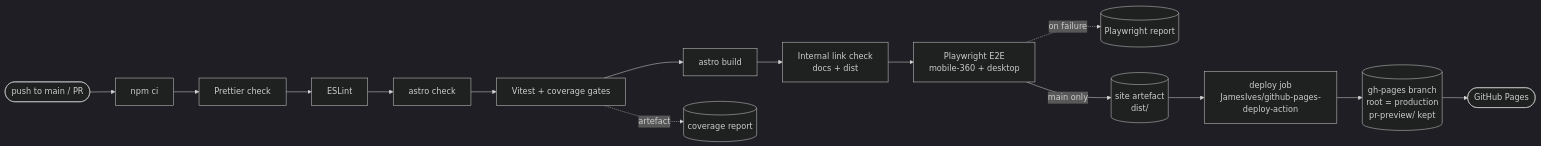
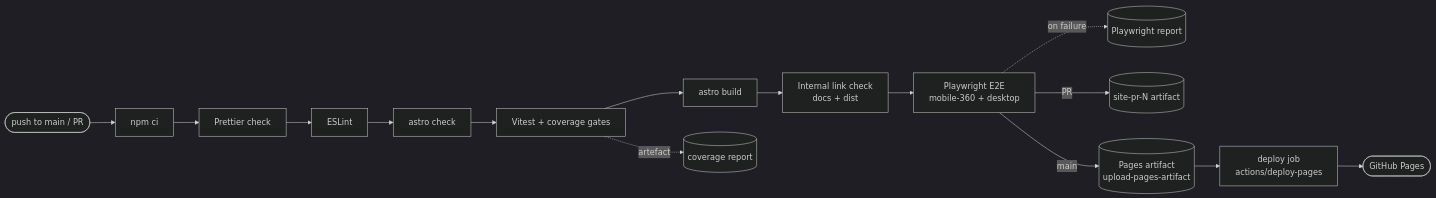
Before and after one commit to tudorgrigoriu90/valvia: the diagram in docs/ci-cd.md, drawn with Mermaid (dark theme). The commit also changed other lines of this file and 11 other files, not shown here.

First line of the commit message:
CH-5: deploy via GitHub Actions Pages, drop gh-pages and previews

````diff
--- a/docs/ci-cd.md
+++ b/docs/ci-cd.md
@@ -17,13 +19,13 @@
 ```mermaid
 flowchart LR
     trig(["push to main / PR"]) --> install["npm ci"]
     install --> fmt["Prettier check"] --> lint["ESLint"] --> types["astro check"]
     types --> unit["Vitest + coverage gates"] --> build["astro build"]
     build --> links["Internal link check<br/>docs + dist"] --> e2e["Playwright E2E<br/>mobile-360 + desktop"]
     unit -. artefact .-> cov[("coverage report")]
     e2e -. on failure .-> pw[("Playwright report")]
-    e2e -- "main only" --> art[("site artefact<br/>dist/")]
-    art --> deploy["deploy job<br/>JamesIves/github-pages-deploy-action"]
-    deploy --> ghp[("gh-pages branch<br/>root = production<br/>pr-preview/ kept")]
-    ghp --> pages(["GitHub Pages"])
+    e2e -- "PR" --> prart[("site-pr-N artifact")]
+    e2e -- "main" --> art[("Pages artifact<br/>upload-pages-artifact")]
+    art --> deploy["deploy job<br/>actions/deploy-pages"]
+    deploy --> pages(["GitHub Pages"])
 ```
````
